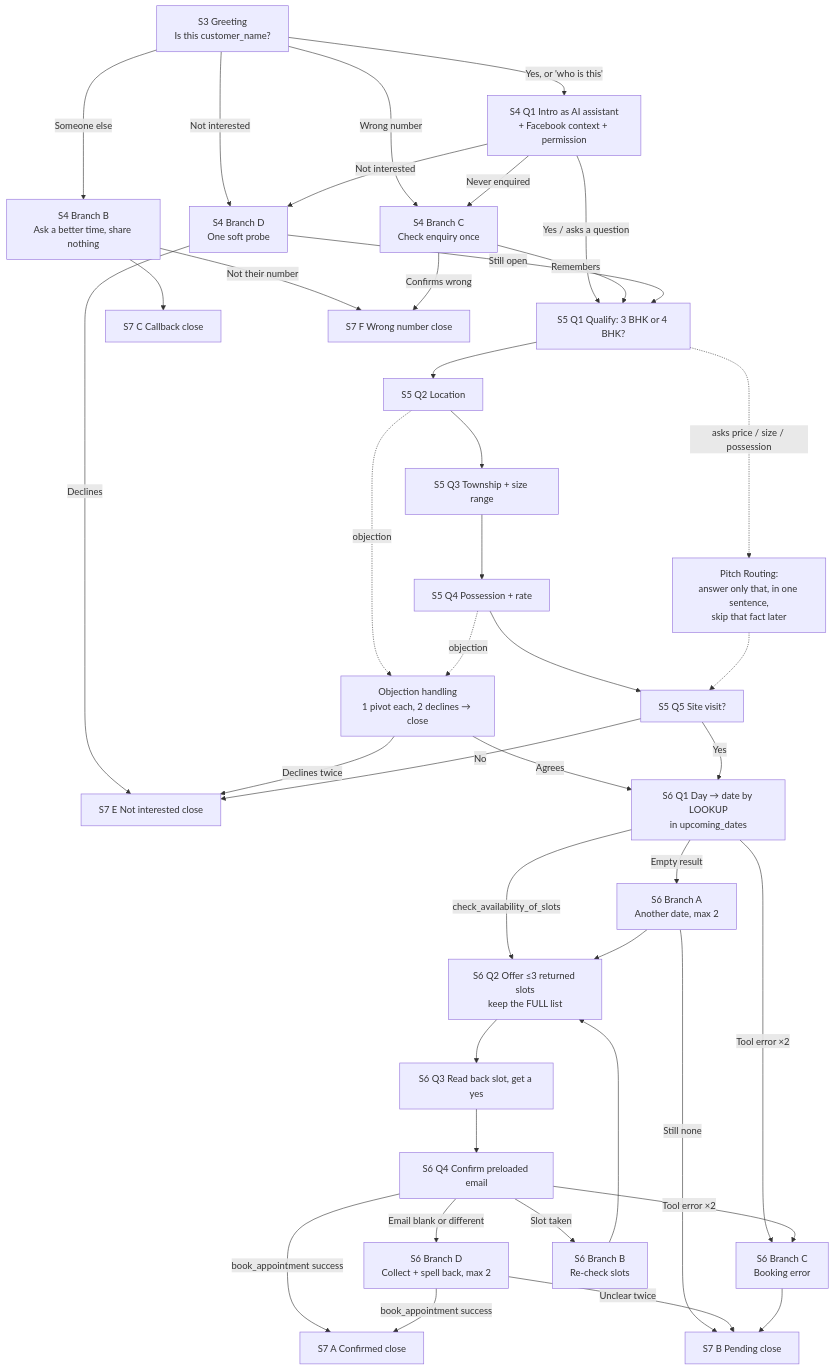
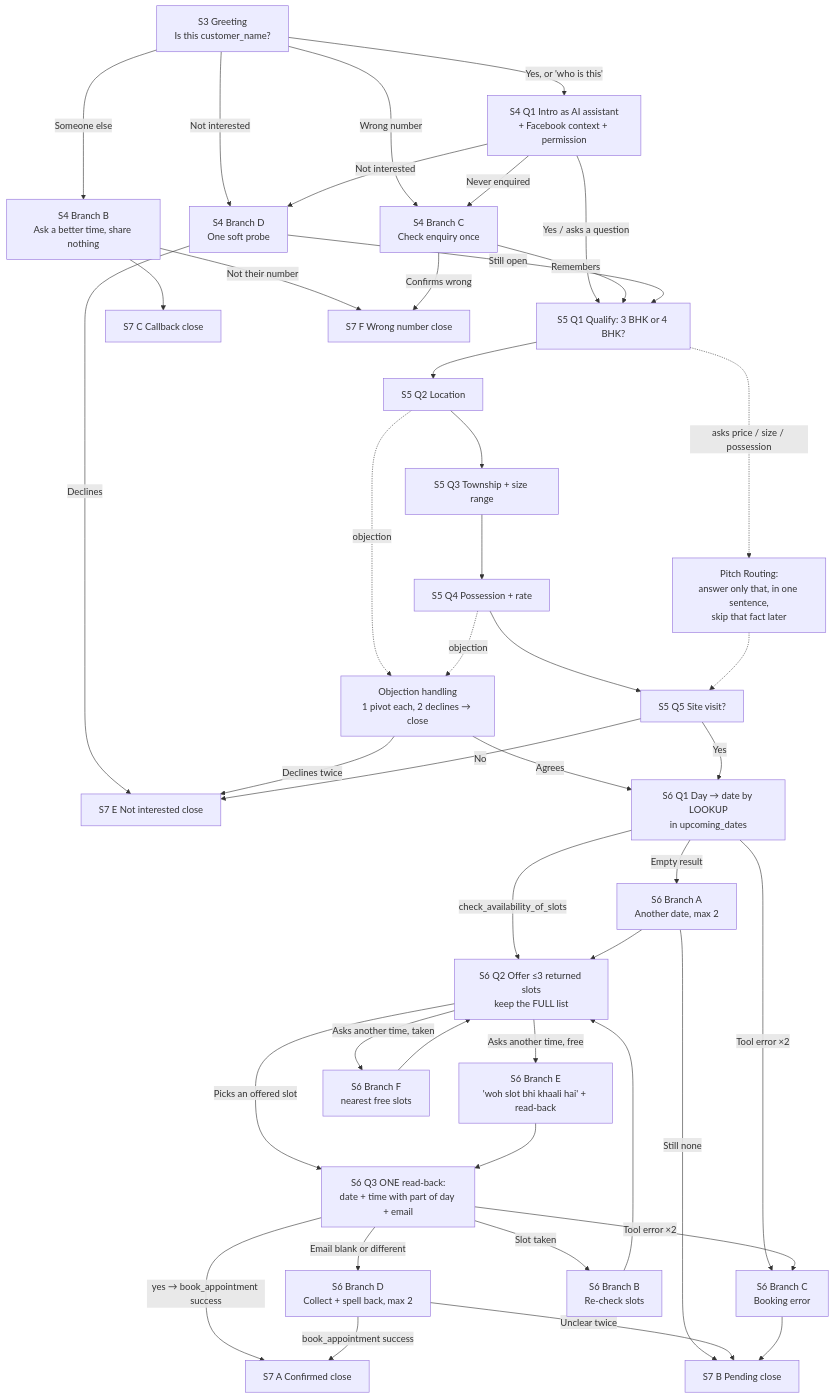
The first of 2 diagrams in prompts/conversation_flow.md (aaritmehta15/mahima-palm-springs-voice-agent), drawn with Mermaid before and after one commit. The commit also changed other lines of this file and 19 other files, not shown here.

````diff
--- a/prompts/conversation_flow.md
+++ b/prompts/conversation_flow.md
@@ -7,42 +7,43 @@
 ```mermaid
 flowchart TD
     G["S3 Greeting<br/>Is this customer_name?"] -->|Yes, or 'who is this'| I["S4 Q1 Intro as AI assistant<br/>+ Facebook context + permission"]
     G -->|Someone else| RB["S4 Branch B<br/>Ask a better time, share nothing"]
     G -->|Wrong number| RC["S4 Branch C<br/>Check enquiry once"]
     G -->|Not interested| BD
 
     I -->|Yes / asks a question| P1["S5 Q1 Qualify: 3 BHK or 4 BHK?"]
     I -->|Never enquired| RC
     I -->|Not interested| BD["S4 Branch D<br/>One soft probe"]
 
     RB --> C_CB["S7 C Callback close"]
     RB -->|Not their number| C_WN["S7 F Wrong number close"]
     RC -->|Remembers| P1
     RC -->|Confirms wrong| C_WN
     BD -->|Still open| P1
     BD -->|Declines| C_NI["S7 E Not interested close"]
 
     P1 --> P2["S5 Q2 Location"] --> P3["S5 Q3 Township + size range"] --> P4["S5 Q4 Possession + rate"] --> P5["S5 Q5 Site visit?"]
     P1 -. "asks price / size / possession" .-> PR["Pitch Routing:<br/>answer only that, in one sentence,<br/>skip that fact later"]
     PR -.-> P5
     P2 -. objection .-> OBJ["Objection handling<br/>1 pivot each, 2 declines → close"]
     P4 -. objection .-> OBJ
     OBJ -->|Agrees| V1
     OBJ -->|Declines twice| C_NI
     P5 -->|Yes| V1["S6 Q1 Day → date by LOOKUP<br/>in upcoming_dates"]
     P5 -->|No| C_NI
 
     V1 -->|check_availability_of_slots| V2["S6 Q2 Offer ≤3 returned slots<br/>keep the FULL list"]
     V1 -->|Empty result| VA["S6 Branch A<br/>Another date, max 2"]
     V1 -->|Tool error ×2| VC
     VA --> V2
     VA -->|Still none| C_PEND["S7 B Pending close"]
-    V2 --> V3["S6 Q3 Read back slot, get a yes"]
-    V3 --> V4["S6 Q4 Confirm preloaded email"]
-    V4 -->|Email blank or different| VD["S6 Branch D<br/>Collect + spell back, max 2"]
-    V4 -->|book_appointment success| C_BOOK["S7 A Confirmed close"]
+    V2 -->|Picks an offered slot| V3["S6 Q3 ONE read-back:<br/>date + time with part of day + email"]
+    V2 -->|Asks another time, free| VE["S6 Branch E<br/>'woh slot bhi khaali hai' + read-back"] --> V3
+    V2 -->|Asks another time, taken| VF["S6 Branch F<br/>nearest free slots"] --> V2
+    V3 -->|Email blank or different| VD["S6 Branch D<br/>Collect + spell back, max 2"]
+    V3 -->|yes → book_appointment success| C_BOOK["S7 A Confirmed close"]
     VD -->|book_appointment success| C_BOOK
     VD -->|Unclear twice| C_PEND
-    V4 -->|Slot taken| VB["S6 Branch B<br/>Re-check slots"] --> V2
-    V4 -->|Tool error ×2| VC["S6 Branch C<br/>Booking error"] --> C_PEND
+    V3 -->|Slot taken| VB["S6 Branch B<br/>Re-check slots"] --> V2
+    V3 -->|Tool error ×2| VC["S6 Branch C<br/>Booking error"] --> C_PEND
 ```
````
